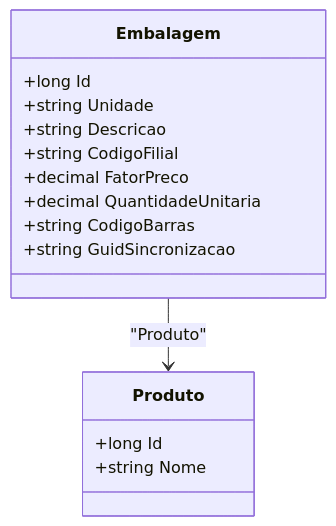
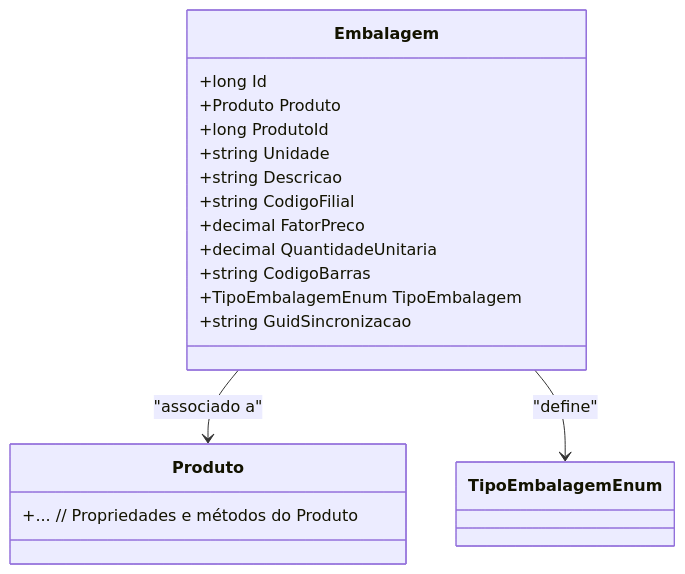
One commit to IsthmusSistemas/documentacao-tecnica changed the diagram in docs/b2b-dominio/IsthmusWinthor.Nucleo/IsthmusWinthor.Dominio/Entidades/Embalagem.md. Above: the diagram before and after it, drawn with Mermaid. The commit also changed other lines of this file and 882 other files, not shown here.

````diff
--- a/docs/b2b-dominio/IsthmusWinthor.Nucleo/IsthmusWinthor.Dominio/Entidades/Embalagem.md
+++ b/docs/b2b-dominio/IsthmusWinthor.Nucleo/IsthmusWinthor.Dominio/Entidades/Embalagem.md
@@ -21,20 +21,23 @@
 ```mermaid
 classDiagram
     class Embalagem {
         +long Id
+        +Produto Produto
+        +long ProdutoId
         +string Unidade
         +string Descricao
         +string CodigoFilial
         +decimal FatorPreco
         +decimal QuantidadeUnitaria
         +string CodigoBarras
+        +TipoEmbalagemEnum TipoEmbalagem
         +string GuidSincronizacao
     }
-
+    
     class Produto {
-        +long Id
-        +string Nome
+        +... // Propriedades e métodos do Produto
     }
 
-    Embalagem --> Produto : "Produto"
-``` 
+    Embalagem --> Produto : "associado a"
+    Embalagem --> TipoEmbalagemEnum : "define"
+```
````
